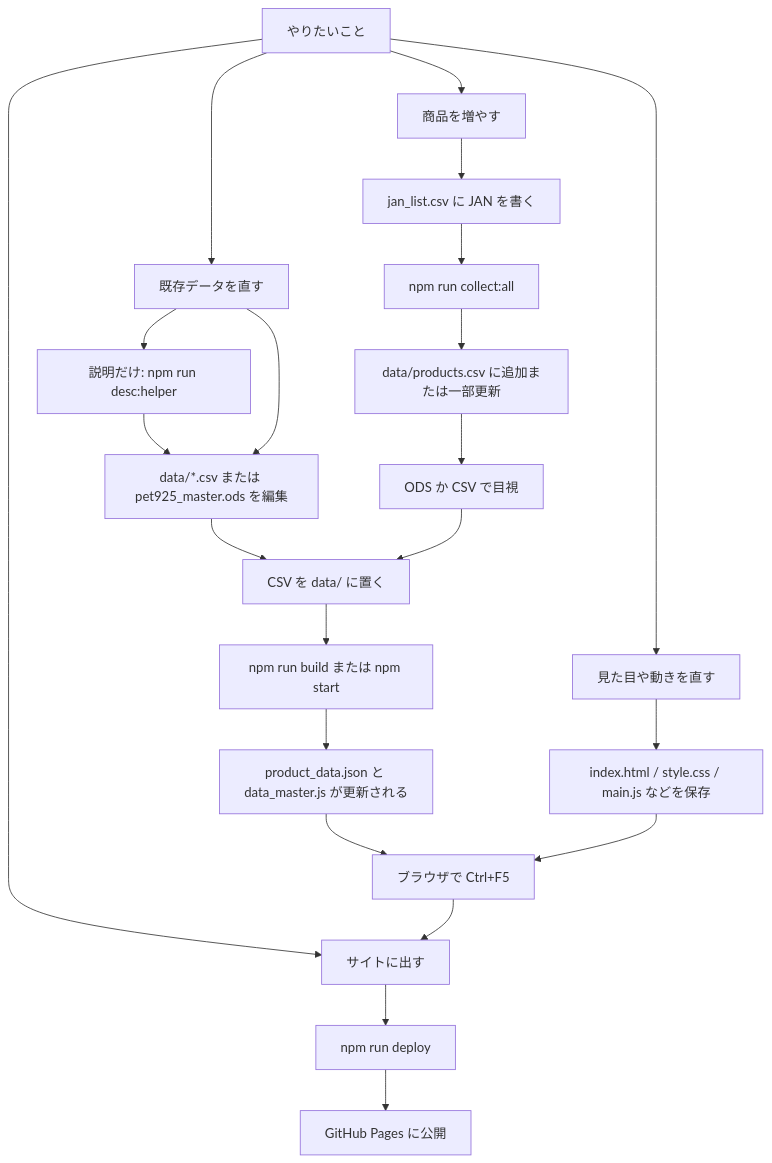
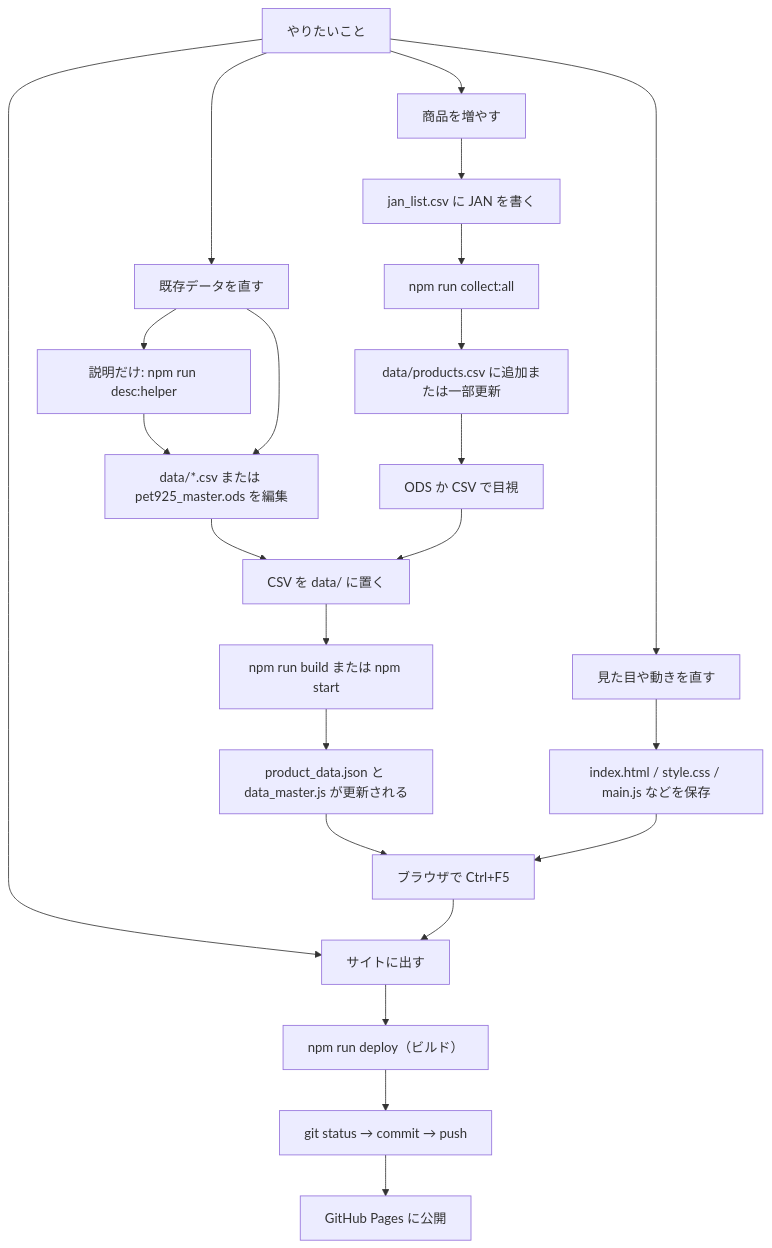
One commit to kyuni-f/pet925 changed the diagram in docs/MANUAL.md. Above: the diagram before and after it, drawn with Mermaid. The commit also changed other lines of this file and 8 other files, not shown here.

````diff
--- a/docs/MANUAL.md
+++ b/docs/MANUAL.md
@@ -11,29 +11,30 @@
 ```mermaid
 flowchart TD
   start[やりたいこと] --> add[商品を増やす]
   start --> fix[既存データを直す]
   start --> code[見た目や動きを直す]
   start --> pub[サイトに出す]
 
   add --> jan["jan_list.csv に JAN を書く"]
   jan --> collect["npm run collect:all"]
   collect --> csv["data/products.csv に追加または一部更新"]
   csv --> review[ODS か CSV で目視]
 
   fix --> descRewrite["説明だけ: npm run desc:helper"]
   descRewrite --> edit["data/*.csv または pet925_master.ods を編集"]
   fix --> edit
   edit --> export[CSV を data/ に置く]
   review --> export
 
   export --> build["npm run build または npm start"]
   build --> json["product_data.json と data_master.js が更新される"]
   json --> preview["ブラウザで Ctrl+F5"]
 
   code --> files["index.html / style.css / main.js などを保存"]
   files --> preview
 
   preview --> pub
-  pub --> deploy["npm run deploy"]
-  deploy --> live[GitHub Pages に公開]
+  pub --> deploy["npm run deploy（ビルド）"]
+  deploy --> git["git status → commit → push"]
+  git --> live[GitHub Pages に公開]
 ```
````
